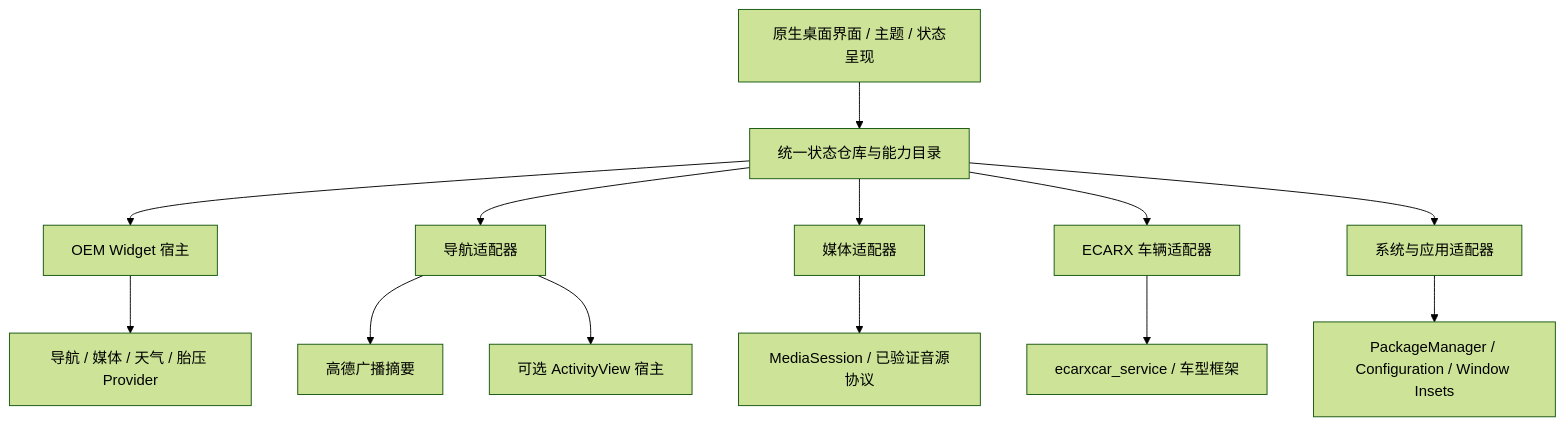
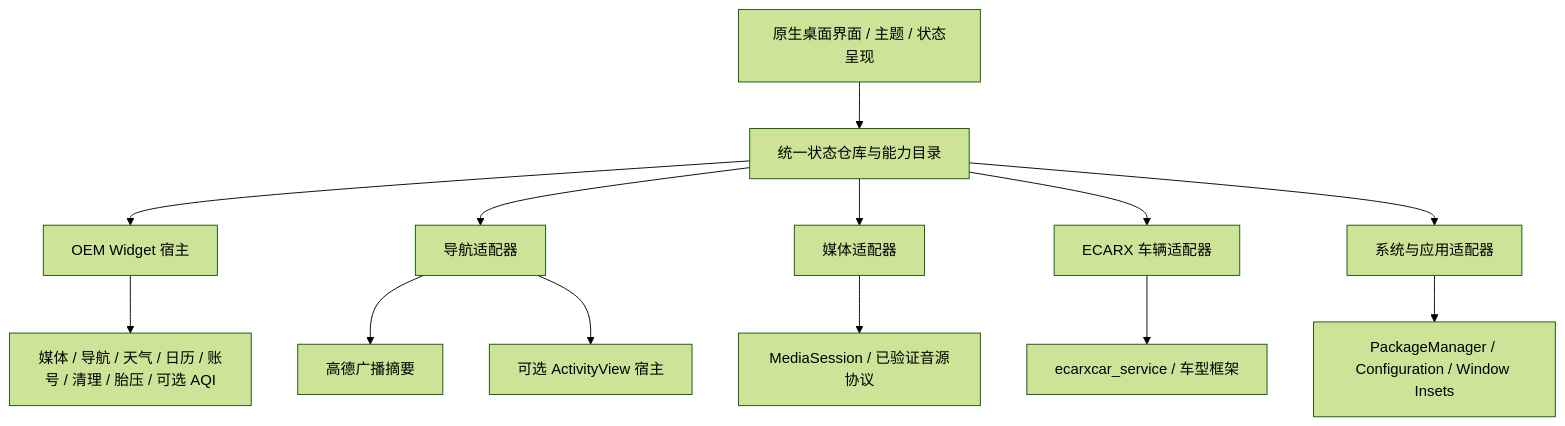
Before and after one commit to felix0061/uni-launcher: the diagram in docs/INTEGRATION_PLAN.md, drawn with Mermaid (forest theme). The commit also changed other lines of this file and 32 other files, not shown here.

````diff
--- a/docs/INTEGRATION_PLAN.md
+++ b/docs/INTEGRATION_PLAN.md
@@ -7,15 +7,15 @@
 ```mermaid
 flowchart TD
   UI[原生桌面界面 / 主题 / 状态呈现] --> Store[统一状态仓库与能力目录]
   Store --> Widget[OEM Widget 宿主]
   Store --> Navi[导航适配器]
   Store --> Media[媒体适配器]
   Store --> Vehicle[ECARX 车辆适配器]
   Store --> System[系统与应用适配器]
-  Widget --> OEM[导航 / 媒体 / 天气 / 胎压 Provider]
+  Widget --> OEM[媒体 / 导航 / 天气 / 日历 / 账号 / 清理 / 胎压 / 可选 AQI]
   Navi --> Broadcast[高德广播摘要]
   Navi --> Embed[可选 ActivityView 宿主]
   Media --> Session[MediaSession / 已验证音源协议]
   Vehicle --> Binder[ecarxcar_service / 车型框架]
   System --> Platform[PackageManager / Configuration / Window Insets]
 ```
````
